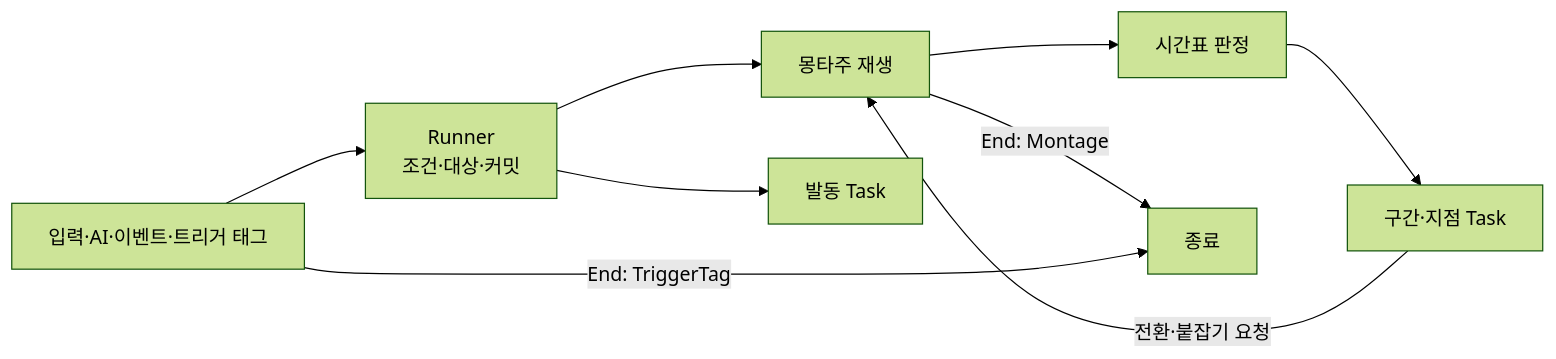
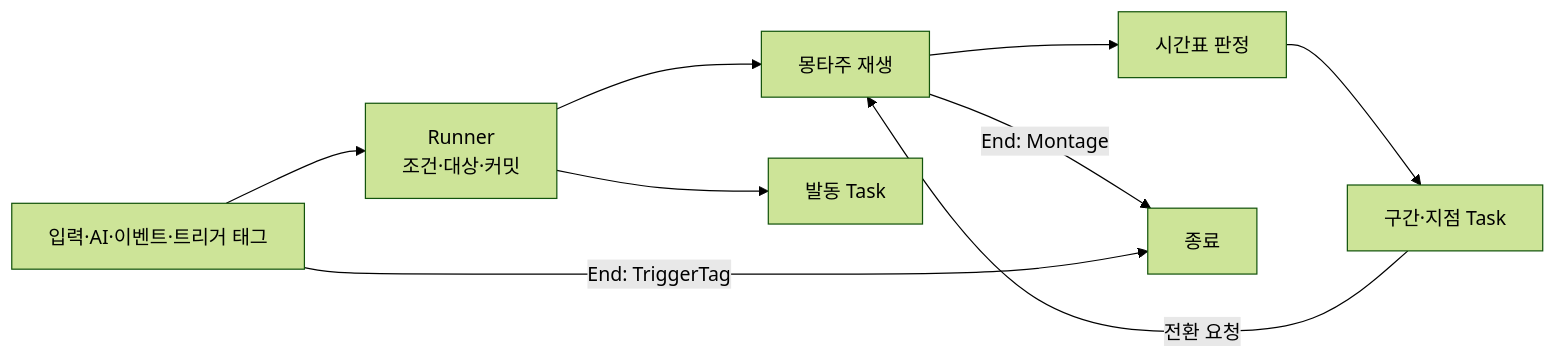
The diagram in Docs/Program/행동 ID 분기 제거 설계안.md (Woogl/Ag), drawn with Mermaid (forest theme) before and after one commit. The commit also changed other lines of this file, not shown here.

````diff
--- a/Docs/Program/행동 ID 분기 제거 설계안.md
+++ b/Docs/Program/행동 ID 분기 제거 설계안.md
@@ -27,11 +30,11 @@
 ```mermaid
 flowchart LR
     I["입력·AI·이벤트·트리거 태그"] --> R["Runner<br>조건·대상·커밋"]
     R --> M["몽타주 재생"]
     R --> A["발동 Task"]
     M --> T["시간표 판정"]
     T --> W["구간·지점 Task"]
-    W -->|"전환·붙잡기 요청"| M
+    W -->|"전환 요청"| M
     M -->|"End: Montage"| E["종료"]
     I -->|"End: TriggerTag"| E
 ```
````
